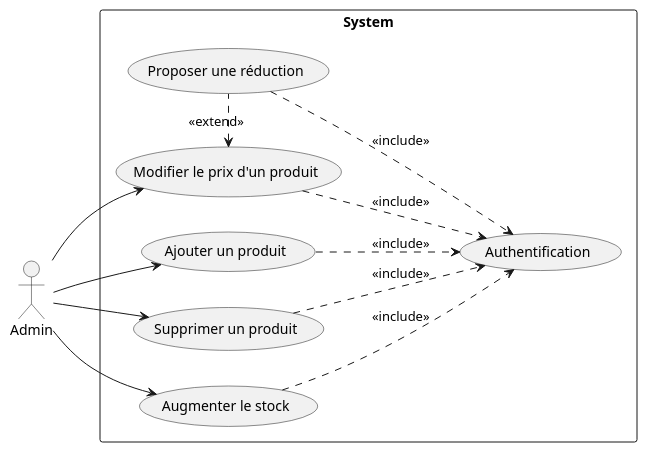
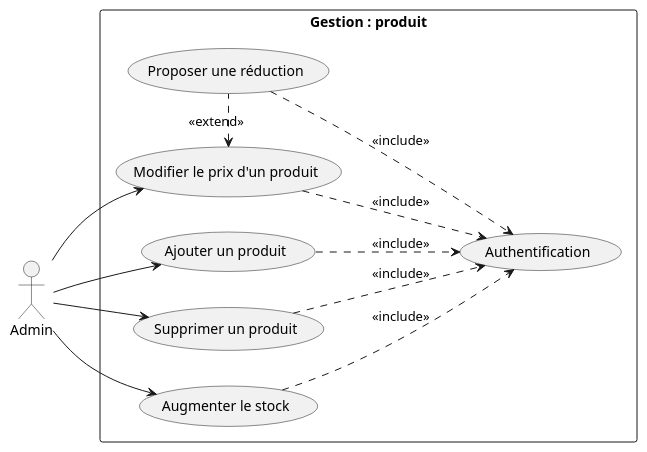
One commit to MehediT/BoutiqueLigneAudiovisuels changed the diagram in UseCase/ProductManagmentUseCase.puml. Above: the diagram before and after it, drawn with PlantUML. The commit also changed 3 other files, not shown here.

```diff
--- a/UseCase/ProductManagmentUseCase.puml
+++ b/UseCase/ProductManagmentUseCase.puml
@@ -1,29 +1,29 @@
 @startuml
 
 left to right direction
 
 actor "Admin" as Admin
-rectangle "System" as System {
+rectangle "Gestion : produit" as System {
 
     usecase "Ajouter un produit" as UC_AddProduct
     usecase "Supprimer un produit" as UC_DeleteProduct
     usecase "Modifier le prix d'un produit" as UC_EditProduct
     usecase "Proposer une réduction" as UC_ProposeDiscount
     usecase "Augmenter le stock" as UC_IncreaseStock
     usecase "Authentification" as UC_Authenticate
 }
 Admin --> UC_AddProduct
 Admin --> UC_DeleteProduct
 Admin --> UC_EditProduct
 Admin --> UC_IncreaseStock
 
 UC_AddProduct ..> UC_Authenticate :<<include>>
 UC_DeleteProduct ..> UC_Authenticate :<<include>>
 UC_EditProduct ..> UC_Authenticate :<<include>>
 UC_ProposeDiscount ..> UC_Authenticate :<<include>>
 UC_IncreaseStock ..> UC_Authenticate :<<include>>
 
 UC_EditProduct <. UC_ProposeDiscount :<<extend>>
 
 
 @enduml
```
